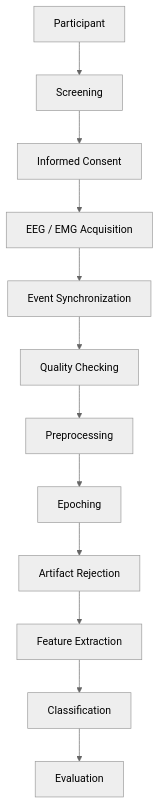
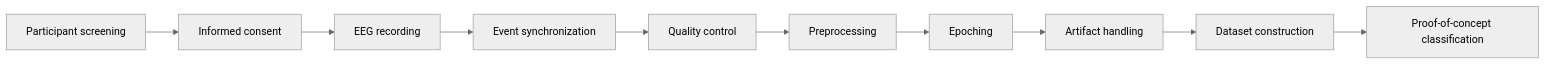
Before and after one commit to Joshitha12734/Hindi_imagined_speech: the diagram in hindi-imagined-speech-eeg/README.md, drawn with Mermaid (neutral theme). The commit also changed other lines of this file, not shown here.

````diff
--- a/hindi-imagined-speech-eeg/README.md
+++ b/hindi-imagined-speech-eeg/README.md
@@ -135,14 +88,12 @@
 ```mermaid
-flowchart TD
-    A[Participant] --> B[Screening]
-    B --> C[Informed Consent]
-    C --> D[EEG / EMG Acquisition]
-    D --> E[Event Synchronization]
-    E --> F[Quality Checking]
-    F --> G[Preprocessing]
-    G --> H[Epoching]
-    H --> I[Artifact Rejection]
-    I --> J[Feature Extraction]
-    J --> K[Classification]
-    K --> L[Evaluation]
+flowchart LR
+    A[Participant screening] --> B[Informed consent]
+    B --> C[EEG recording]
+    C --> D[Event synchronization]
+    D --> E[Quality control]
+    E --> F[Preprocessing]
+    F --> G[Epoching]
+    G --> H[Artifact handling]
+    H --> I[Dataset construction]
+    I --> J[Proof-of-concept classification]
 ```
````
